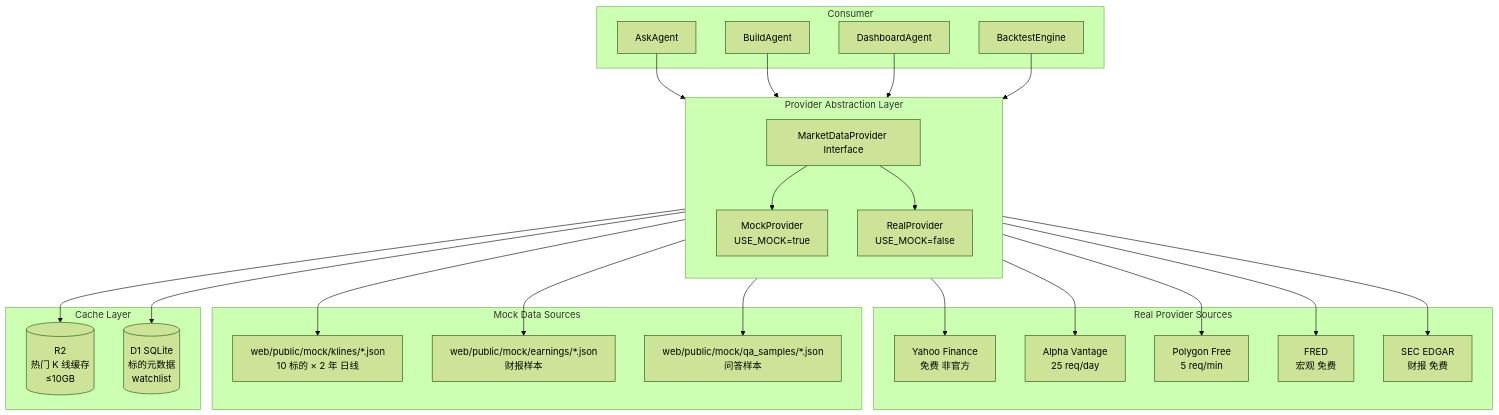
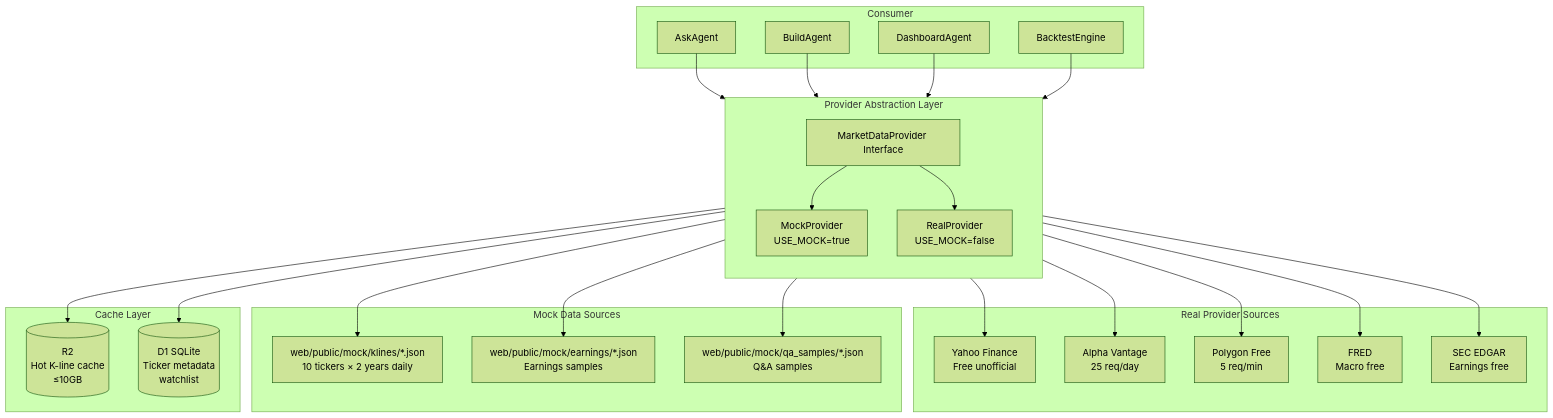
The diagram in docs/prd/epic/02_DataLayer.md (ZedeX/nova-invest), drawn with Mermaid (forest theme) before and after one commit. The commit also changed other lines of this file and 42 other files, not shown here.

````diff
--- a/docs/prd/epic/02_DataLayer.md
+++ b/docs/prd/epic/02_DataLayer.md
@@ -49,40 +49,40 @@
 ```mermaid
 flowchart TB
     subgraph "Provider Abstraction Layer"
         direction TB
         P[MarketDataProvider Interface]
         P --> M[MockProvider<br/>USE_MOCK=true]
         P --> R[RealProvider<br/>USE_MOCK=false]
     end
 
     subgraph "Real Provider Sources"
-        R --> Y[Yahoo Finance<br/>免费 非官方]
+        R --> Y[Yahoo Finance<br/>Free unofficial]
         R --> A[Alpha Vantage<br/>25 req/day]
         R --> PG[Polygon Free<br/>5 req/min]
-        R --> F[FRED<br/>宏观 免费]
-        R --> S[SEC EDGAR<br/>财报 免费]
+        R --> F[FRED<br/>Macro free]
+        R --> S[SEC EDGAR<br/>Earnings free]
     end
 
     subgraph "Mock Data Sources"
-        M --> MK[web/public/mock/klines/*.json<br/>10 标的 × 2 年 日线]
-        M --> ME[web/public/mock/earnings/*.json<br/>财报样本]
-        M --> MQ[web/public/mock/qa_samples/*.json<br/>问答样本]
+        M --> MK[web/public/mock/klines/*.json<br/>10 tickers × 2 years daily]
+        M --> ME[web/public/mock/earnings/*.json<br/>Earnings samples]
+        M --> MQ[web/public/mock/qa_samples/*.json<br/>Q&A samples]
     end
 
     subgraph "Cache Layer"
-        P --> R2[(R2<br/>热门 K 线缓存<br/>≤10GB)]
-        P --> D1[(D1 SQLite<br/>标的元数据<br/>watchlist)]
+        P --> R2[(R2<br/>Hot K-line cache<br/>≤10GB)]
+        P --> D1[(D1 SQLite<br/>Ticker metadata<br/>watchlist)]
     end
 
     subgraph "Consumer"
         AG[AskAgent]
         BG[BuildAgent]
         DG[DashboardAgent]
         BE[BacktestEngine]
     end
 
     AG --> P
     BG --> P
     DG --> P
     BE --> P
 ```
````
